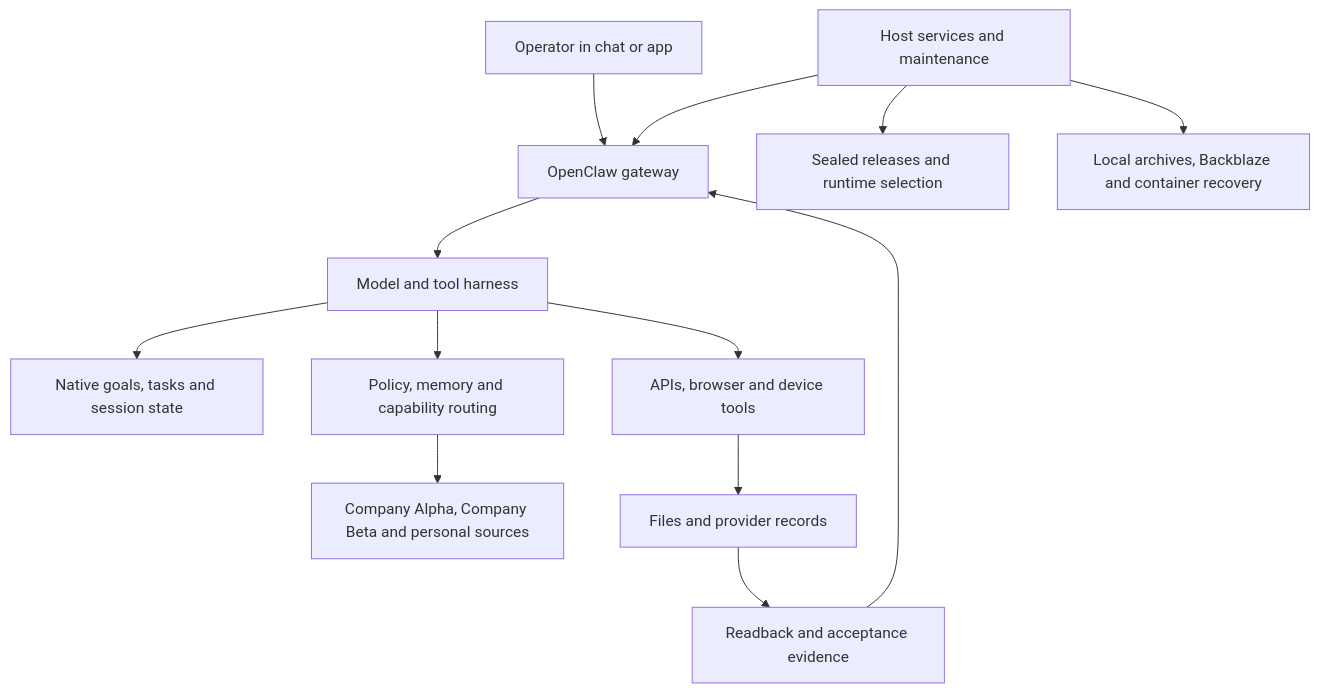
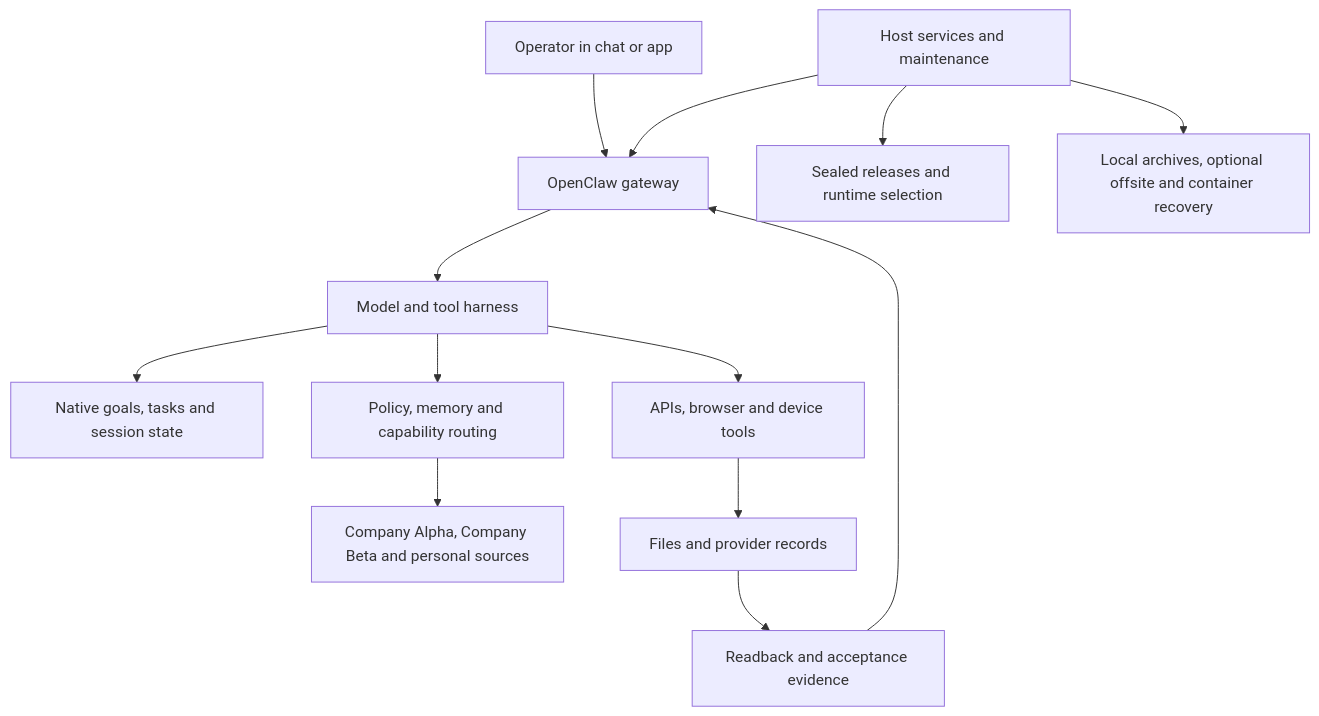
The diagram in README.md (josephbergvinson/openclaw-control-plane), drawn with Mermaid before and after one commit. The commit also changed other lines of this file and 33 other files, not shown here.

````diff
--- a/README.md
+++ b/README.md
@@ -19,15 +19,15 @@
 ```mermaid
 flowchart TD
     Operator[Operator in chat or app] --> Gateway[OpenClaw gateway]
     Gateway --> Runtime[Model and tool harness]
     Runtime --> Native[Native goals, tasks and session state]
     Runtime --> Workspace[Policy, memory and capability routing]
     Workspace --> Sources[Company Alpha, Company Beta and personal sources]
     Runtime --> Tools[APIs, browser and device tools]
     Tools --> Effects[Files and provider records]
     Effects --> Evidence[Readback and acceptance evidence]
     Evidence --> Gateway
     Host[Host services and maintenance] --> Gateway
     Host --> Releases[Sealed releases and runtime selection]
-    Host --> Recovery[Local archives, Backblaze and container recovery]
+    Host --> Recovery[Local archives, optional offsite and container recovery]
 ```
````
